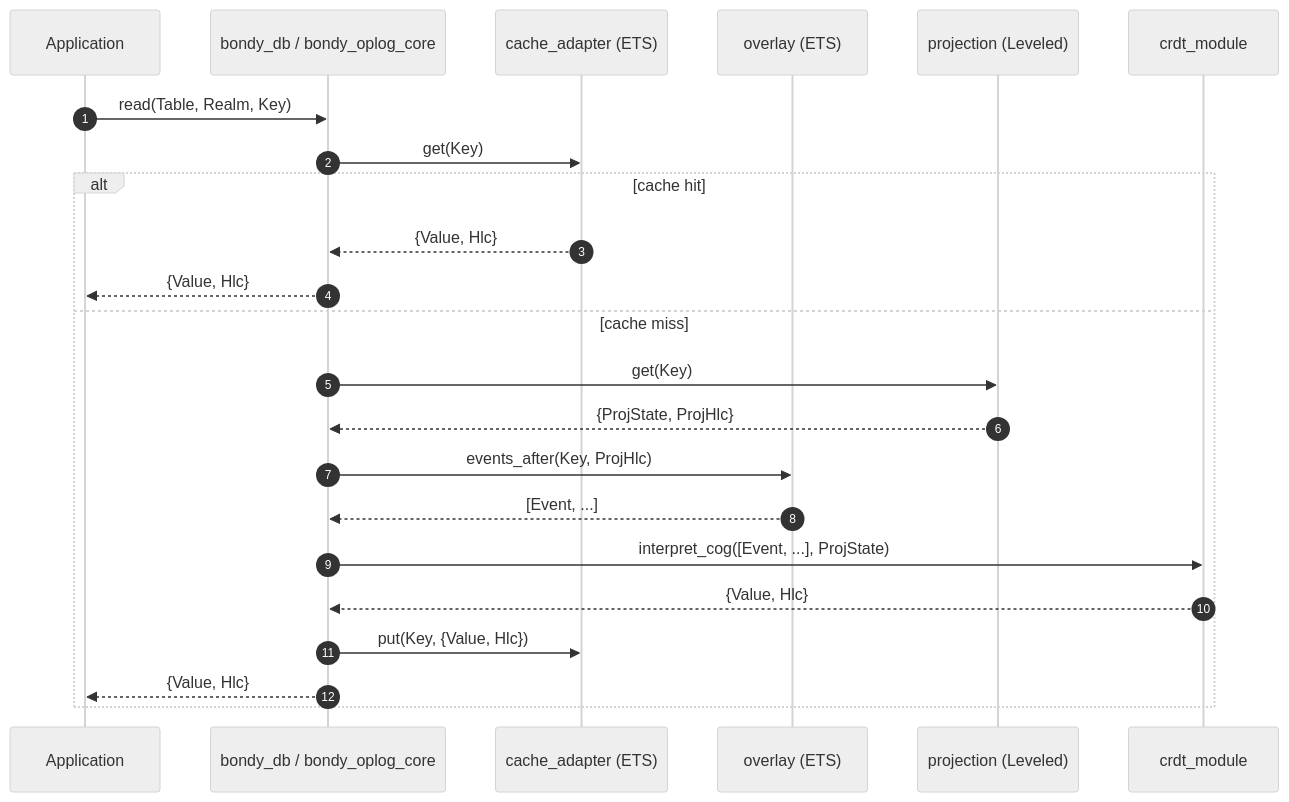
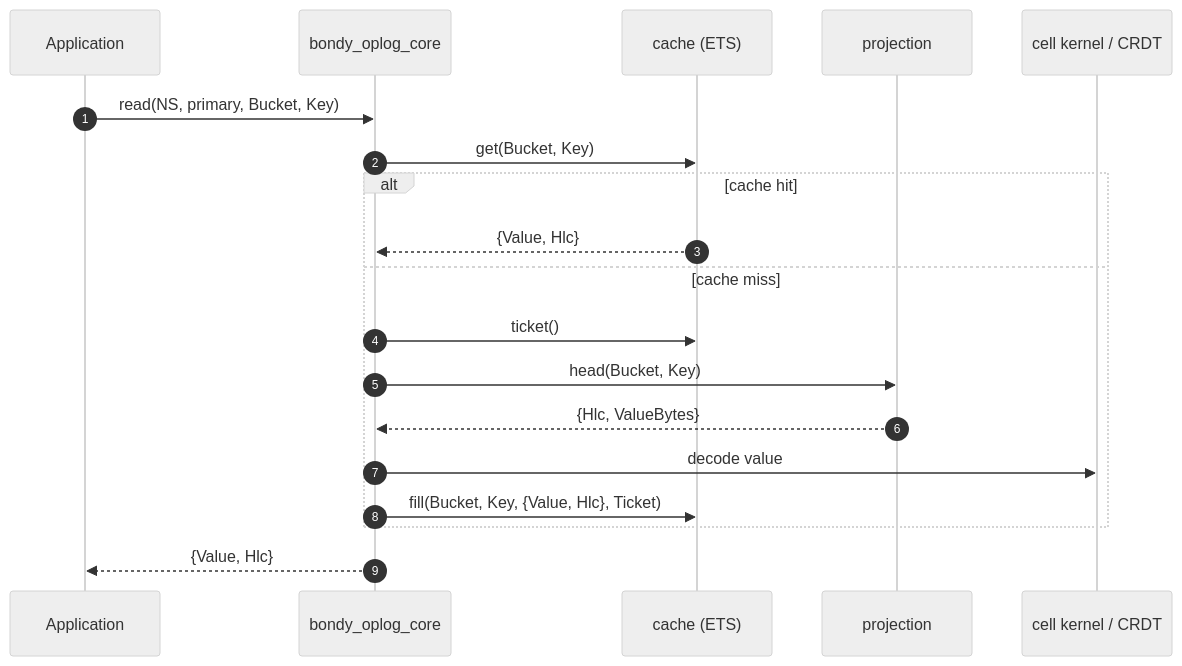
The fourth of 5 diagrams in apps/bondy_db/doc_extras/architecture/00_overview.md (bondy-io/bondy), drawn with Mermaid (neutral theme) before and after one commit. The commit also changed other lines of this file and 449 other files, not shown here.

````diff
--- a/apps/bondy_db/doc_extras/architecture/00_overview.md
+++ b/apps/bondy_db/doc_extras/architecture/00_overview.md
@@ -149,26 +148,22 @@
 ```mermaid
 sequenceDiagram
     autonumber
     participant App as Application
-    participant DB as bondy_db / bondy_oplog_core
-    participant CACHE as cache_adapter (ETS)
-    participant OV as overlay (ETS)
-    participant PROJ as projection (Leveled)
-    participant CRDT as crdt_module
+    participant CORE as bondy_oplog_core
+    participant CACHE as cache (ETS)
+    participant PROJ as projection
+    participant K as cell kernel / CRDT
 
-    App->>DB: read(Table, Realm, Key)
-    DB->>CACHE: get(Key)
+    App->>CORE: read(NS, primary, Bucket, Key)
+    CORE->>CACHE: get(Bucket, Key)
     alt cache hit
-        CACHE-->>DB: {Value, Hlc}
-        DB-->>App: {Value, Hlc}
+        CACHE-->>CORE: {Value, Hlc}
     else cache miss
-        DB->>PROJ: get(Key)
-        PROJ-->>DB: {ProjState, ProjHlc}
-        DB->>OV: events_after(Key, ProjHlc)
-        OV-->>DB: [Event, ...]
-        DB->>CRDT: interpret_cog([Event, ...], ProjState)
-        CRDT-->>DB: {Value, Hlc}
-        DB->>CACHE: put(Key, {Value, Hlc})
-        DB-->>App: {Value, Hlc}
+        CORE->>CACHE: ticket()
+        CORE->>PROJ: head(Bucket, Key)
+        PROJ-->>CORE: {Hlc, ValueBytes}
+        CORE->>K: decode value
+        CORE->>CACHE: fill(Bucket, Key, {Value, Hlc}, Ticket)
     end
+    CORE-->>App: {Value, Hlc}
 ```
````
